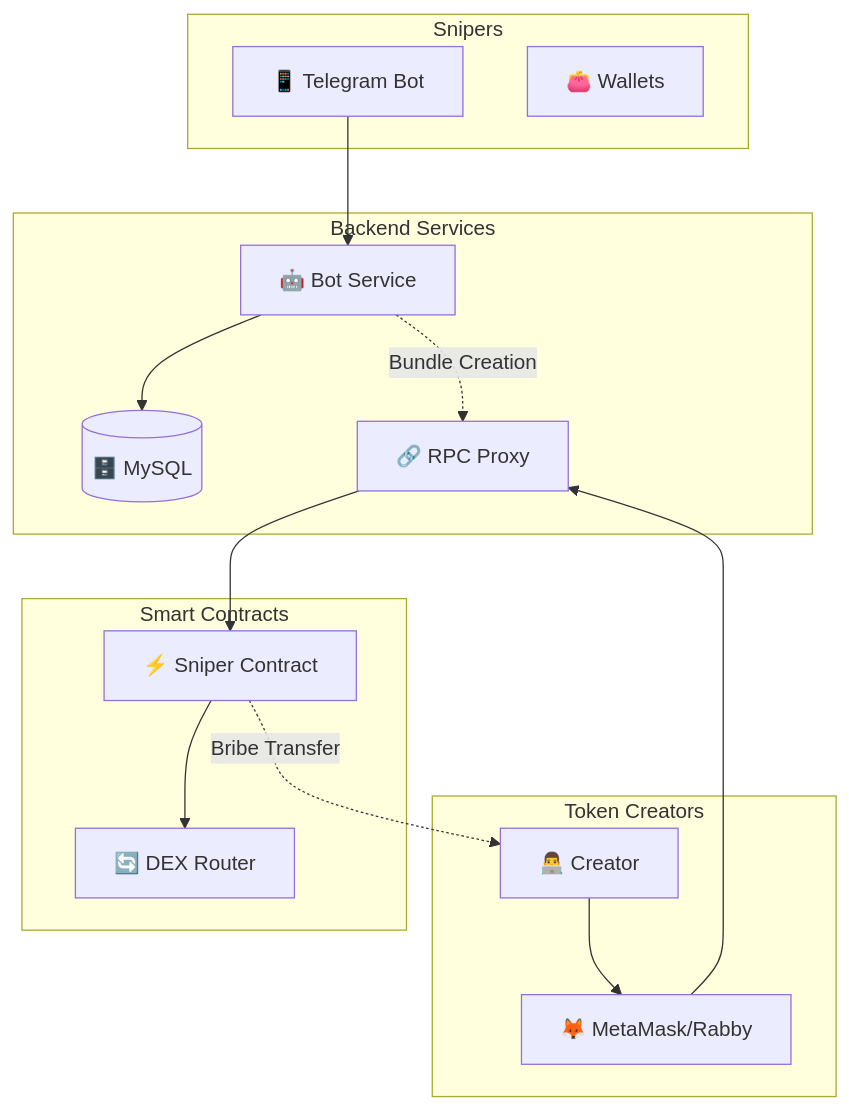
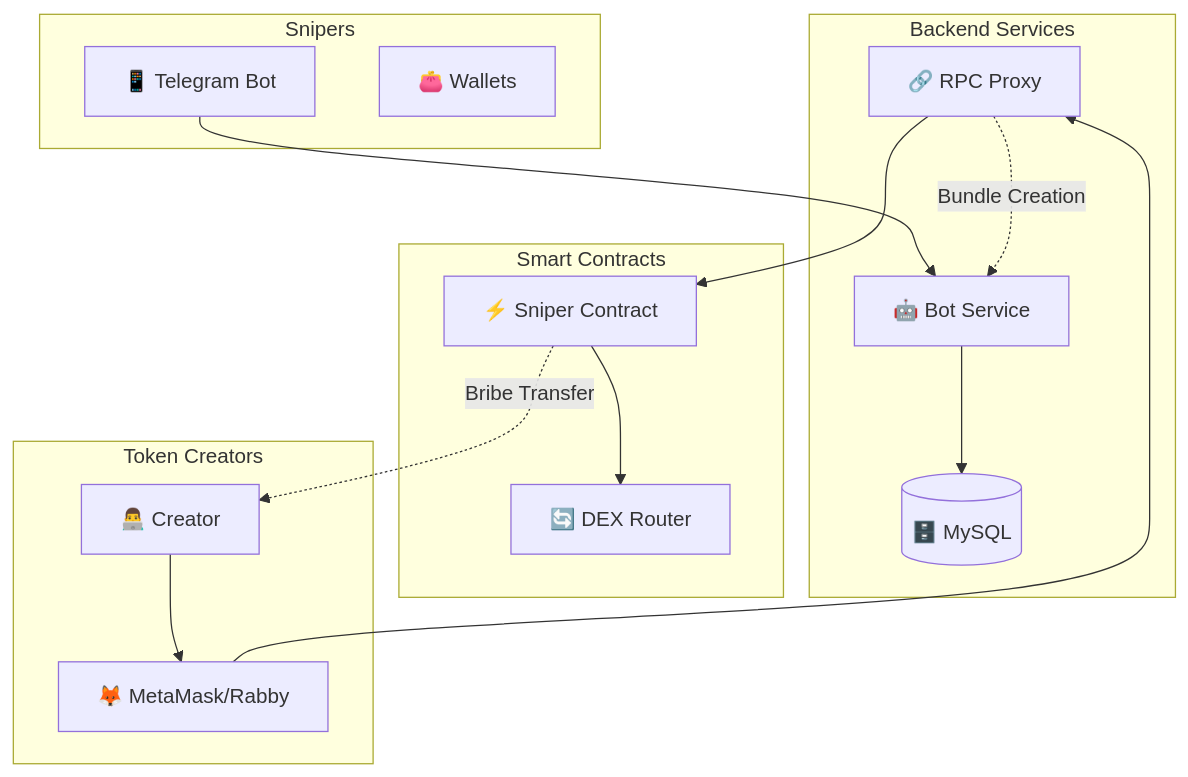
The first of 2 diagrams in README.md (Spame-pr/hack-sniper), drawn with Mermaid before and after one commit. The commit also changed 1 other file, not shown here.

````diff
--- a/README.md
+++ b/README.md
@@ -16,33 +16,33 @@
 ```mermaid
 graph TB
     subgraph "Snipers"
         TG[📱 Telegram Bot]
         W[👛 Wallets]
     end
     
     subgraph "Backend Services"
         BS[🤖 Bot Service]
         RPC[🔗 RPC Proxy]
         DB[(🗄️ MySQL)]
     end
     
     subgraph "Smart Contracts"
         SC[⚡ Sniper Contract]
         DEX[🔄 DEX Router]
     end
     
     subgraph "Token Creators"
         TC[👨‍💻 Creator]
         MM[🦊 MetaMask/Rabby]
     end
     
     TG --> BS
     BS --> DB
     RPC --> SC
     SC --> DEX
     TC --> MM
     MM --> RPC
     
-    BS -.->|Bundle Creation| RPC
+    RPC -.->|Bundle Creation| BS
     SC -.->|Bribe Transfer| TC
 ```
````
